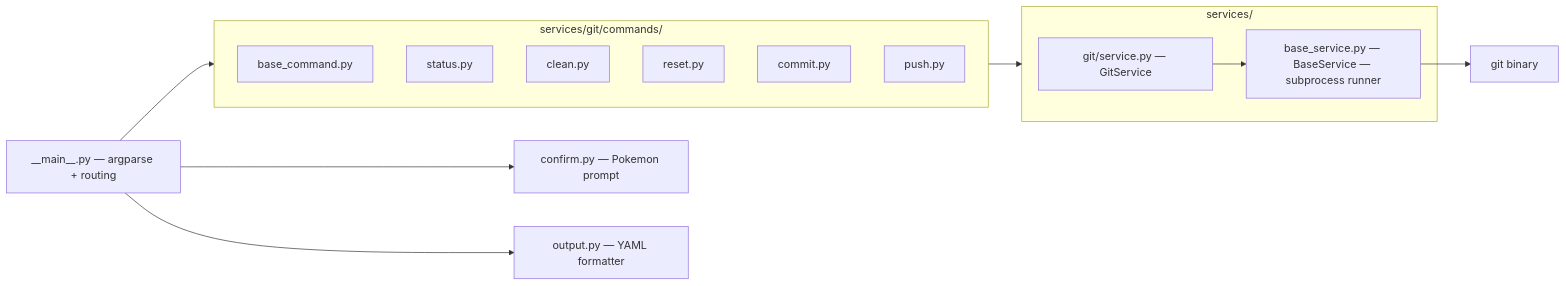
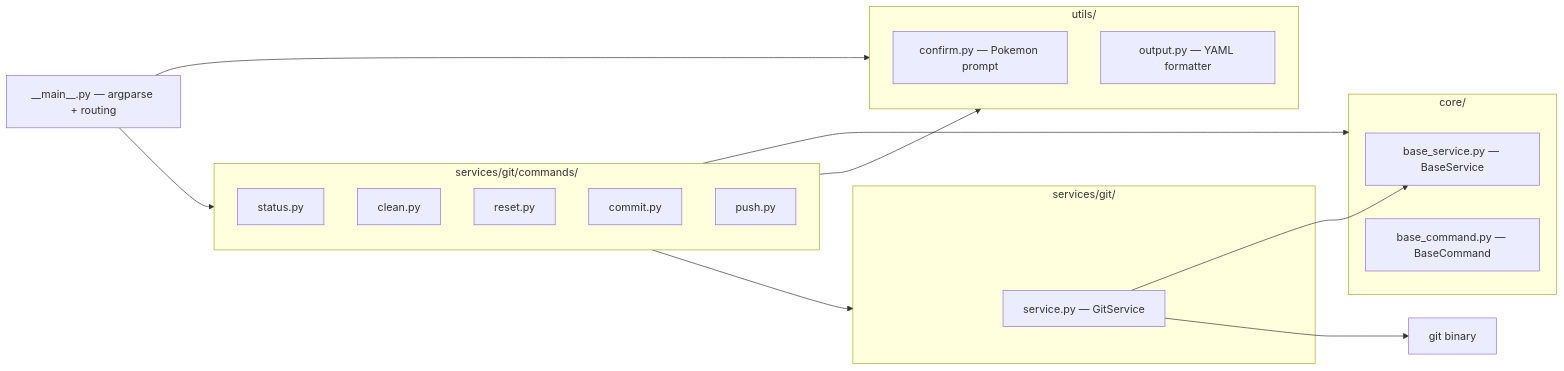
The second of 2 diagrams in README.md (Hrish33/plaid-cli-wrapper), drawn with Mermaid before and after one commit. The commit also changed other lines of this file and 20 other files, not shown here.

````diff
--- a/README.md
+++ b/README.md
@@ -189,29 +189,36 @@
 ```mermaid
 flowchart LR
     CLI["__main__.py — argparse + routing"]
-    CONFIRM["confirm.py — Pokemon prompt"]
-    OUTPUT["output.py — YAML formatter"]
 
+    subgraph UTILS["utils/"]
+        CONFIRM["confirm.py — Pokemon prompt"]
+        OUTPUT["output.py — YAML formatter"]
+    end
+
+    subgraph CORE["core/"]
+        BASESVC["base_service.py — BaseService"]
+        BASECMD["base_command.py — BaseCommand"]
+    end
+
+    CLI --> UTILS
     CLI --> CMD
-    CLI --> CONFIRM
-    CLI --> OUTPUT
 
     subgraph CMD["services/git/commands/"]
-        BASE["base_command.py"]
         S["status.py"]
         CL["clean.py"]
         R["reset.py"]
         CO["commit.py"]
         P["push.py"]
     end
 
-    CMD --> SVC
+    CMD --> CORE
+    CMD --> UTILS
 
-    subgraph SVC["services/"]
-        GIT["git/service.py — GitService"]
-        BASESVC["base_service.py — BaseService — subprocess runner"]
-        GIT --> BASESVC
+    subgraph SVC["services/git/"]
+        GIT["service.py — GitService"]
     end
 
-    BASESVC --> GIT_BIN["git binary"]
+    CMD --> SVC
+    GIT --> BASESVC
+    GIT --> GIT_BIN["git binary"]
 ```
````
